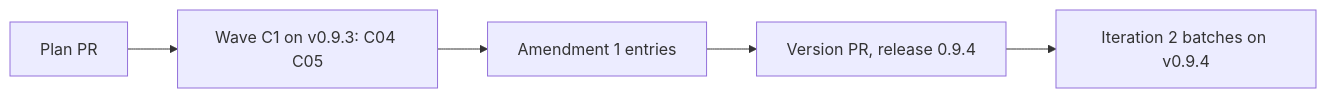
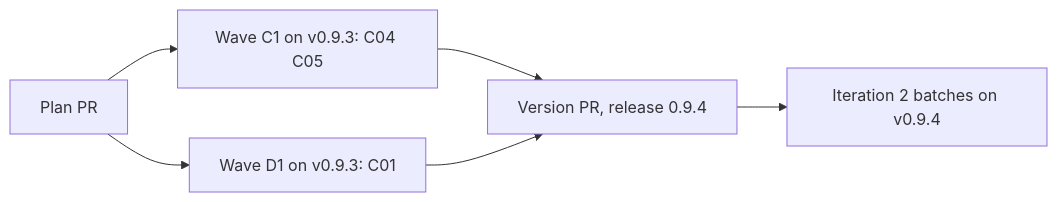
The diagram in docs/plan-0.9.4.md (alfhen/agent-pr-pipeline), drawn with Mermaid before and after one commit. The commit also changed other lines of this file, not shown here.

First line of the commit message:
Plan 0.9.4 amendment 1b: C01 alone, written from an impact pass

````diff
--- a/docs/plan-0.9.4.md
+++ b/docs/plan-0.9.4.md
@@ -71,4 +75,5 @@
 ```mermaid
 flowchart LR
-  P[Plan PR] --> C1[Wave C1 on v0.9.3: C04 C05] --> A[Amendment 1 entries] --> R[Version PR, release 0.9.4] --> B[Iteration 2 batches on v0.9.4]
+  P[Plan PR] --> C1[Wave C1 on v0.9.3: C04 C05] --> R[Version PR, release 0.9.4] --> B[Iteration 2 batches on v0.9.4]
+  P --> D1[Wave D1 on v0.9.3: C01] --> R
 ```
````
